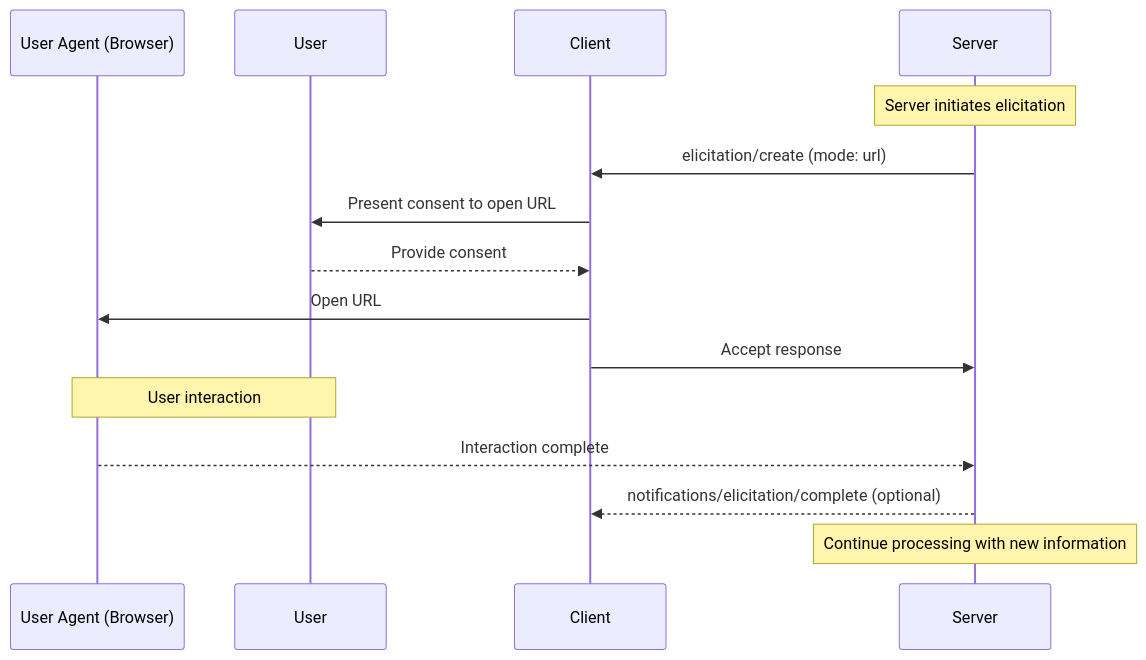
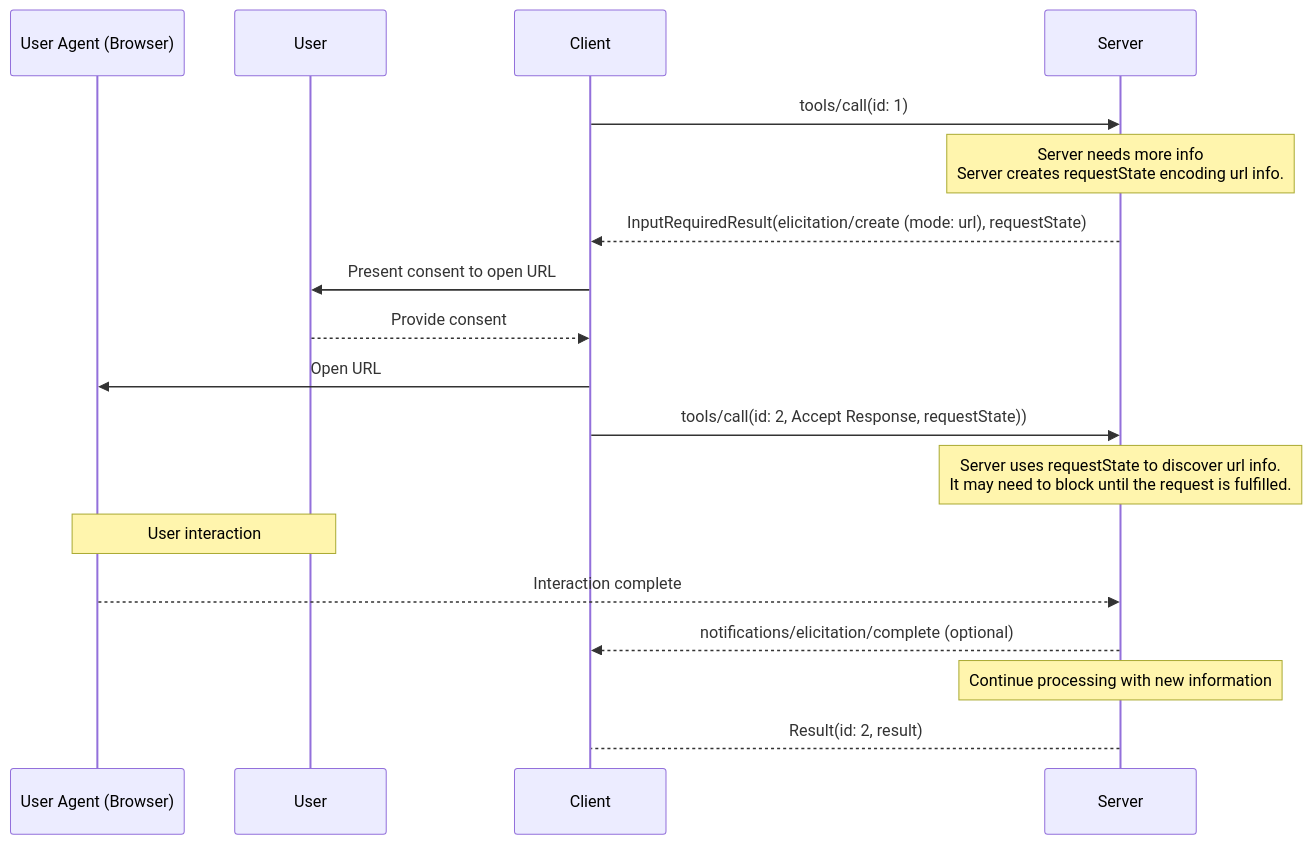
Before and after one commit to HIDORAKAI002/ai-workspace-archive: the second of 3 diagrams in mcp_ecosystem__model_context_protocol/official_mcp_repositories__anthropic/modelcontextprotocol/docs/specification/draft/client/elicitation.mdx, drawn with Mermaid. The commit also changed other lines of this file and 2956 other files, not shown here.

Commit message:
chore(sync): update Kubernetes MCP Server, GitHub MCP Server, Langfuse, Promptfoo, n8n, Flowise, Langflow, Activepieces, +37 more

````diff
--- a/mcp_ecosystem__model_context_protocol/official_mcp_repositories__anthropic/modelcontextprotocol/docs/specification/draft/client/elicitation.mdx
+++ b/mcp_ecosystem__model_context_protocol/official_mcp_repositories__anthropic/modelcontextprotocol/docs/specification/draft/client/elicitation.mdx
@@ -501,22 +465,25 @@
 ```mermaid
 sequenceDiagram
     participant UserAgent as User Agent (Browser)
     participant User
     participant Client
     participant Server
 
-    Note over Server: Server initiates elicitation
-    Server->>Client: elicitation/create (mode: url)
+    Client->>Server: tools/call(id: 1)
+    Note over Server: Server needs more info <br/> Server creates requestState encoding url info.
+    Server-->>Client: InputRequiredResult(elicitation/create (mode: url), requestState)
 
     Client->>User: Present consent to open URL
     User-->>Client: Provide consent
 
     Client->>UserAgent: Open URL
-    Client->>Server: Accept response
+    Client->>Server: tools/call(id: 2, Accept Response, requestState))
+    Note over Server: Server uses requestState to discover url info. <br/> It may need to block until the request is fulfilled.
 
     Note over User,UserAgent: User interaction
     UserAgent-->>Server: Interaction complete
     Server-->>Client: notifications/elicitation/complete (optional)
 
     Note over Server: Continue processing with new information
+    Server-->Client: Result(id: 2, result)
 ```
````
